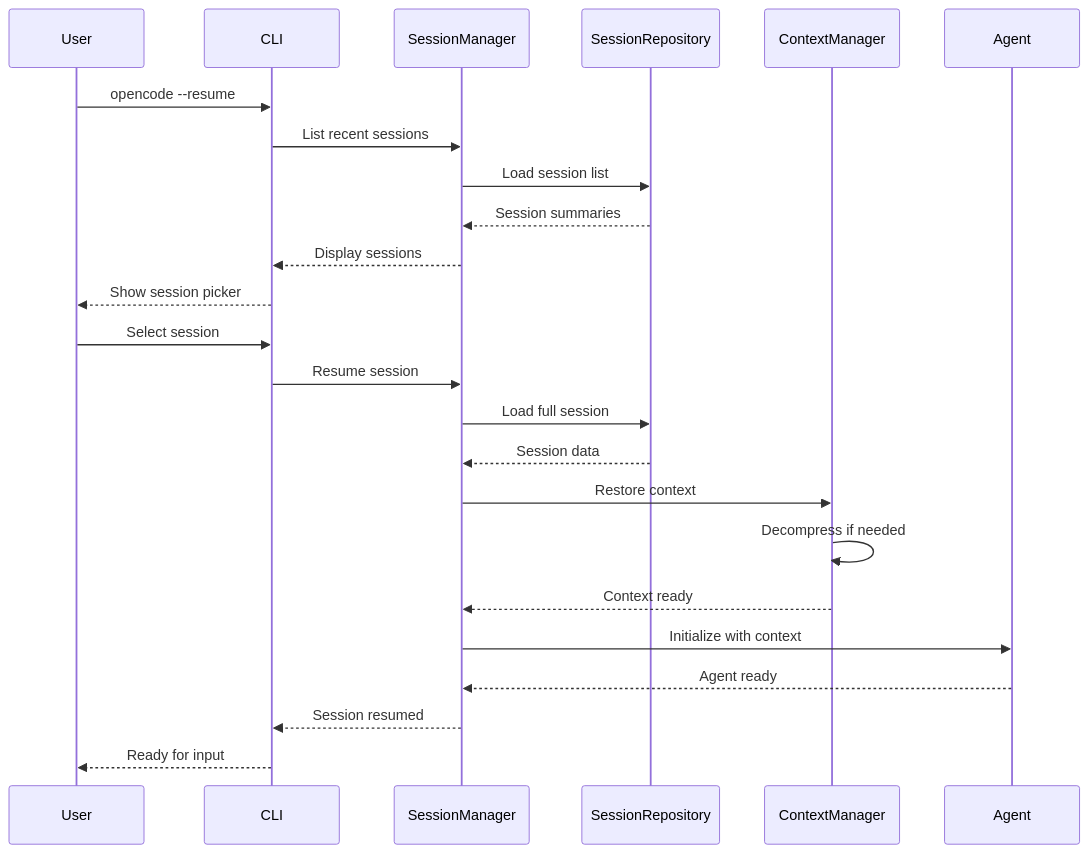
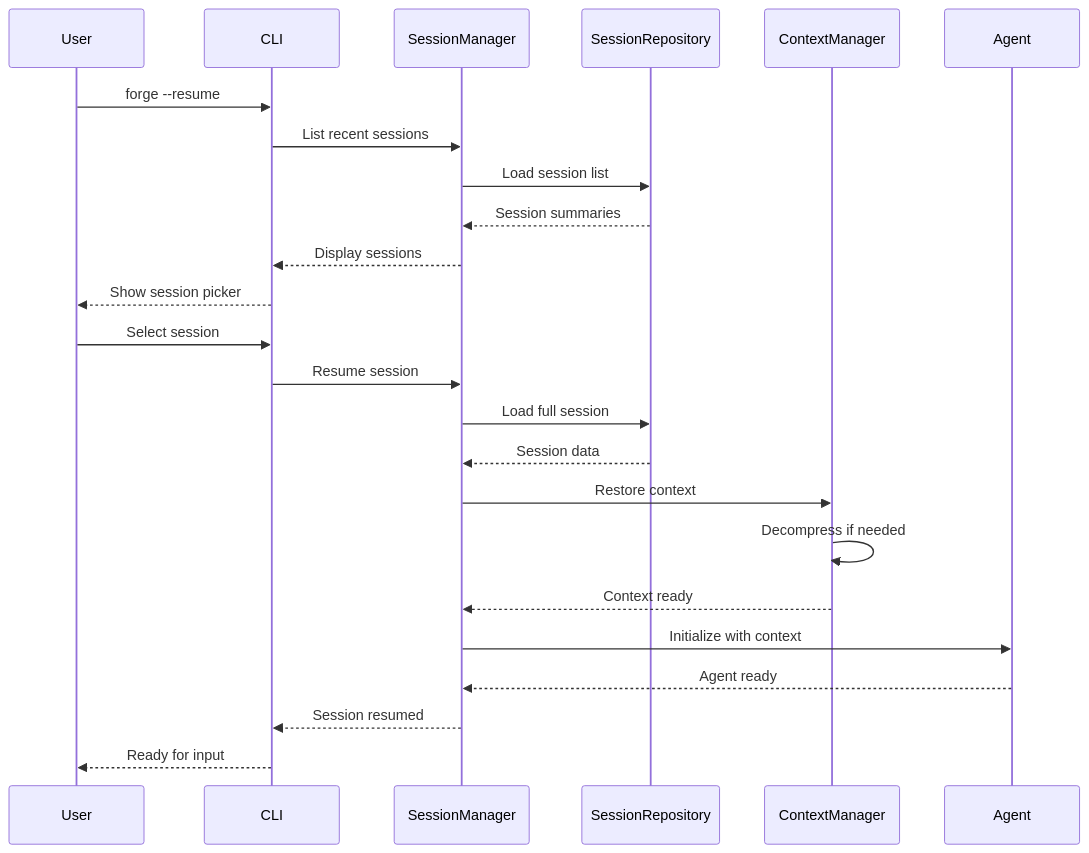
Diagram 21 of 38 in .ai/reference/UML.md (corey-rosamond/Code-Forge), drawn with Mermaid before and after one commit. The commit also changed other lines of this file and 505 other files, not shown here.

````diff
--- a/.ai/reference/UML.md
+++ b/.ai/reference/UML.md
@@ -1105,34 +1105,34 @@
 ```mermaid
 sequenceDiagram
     participant U as User
     participant CLI as CLI
     participant SM as SessionManager
     participant SR as SessionRepository
     participant CM as ContextManager
     participant A as Agent
 
-    U->>CLI: opencode --resume
+    U->>CLI: forge --resume
     CLI->>SM: List recent sessions
 
     SM->>SR: Load session list
     SR-->>SM: Session summaries
 
     SM-->>CLI: Display sessions
     CLI-->>U: Show session picker
 
     U->>CLI: Select session
     CLI->>SM: Resume session
 
     SM->>SR: Load full session
     SR-->>SM: Session data
 
     SM->>CM: Restore context
     CM->>CM: Decompress if needed
     CM-->>SM: Context ready
 
     SM->>A: Initialize with context
     A-->>SM: Agent ready
 
     SM-->>CLI: Session resumed
     CLI-->>U: Ready for input
 ```
````
